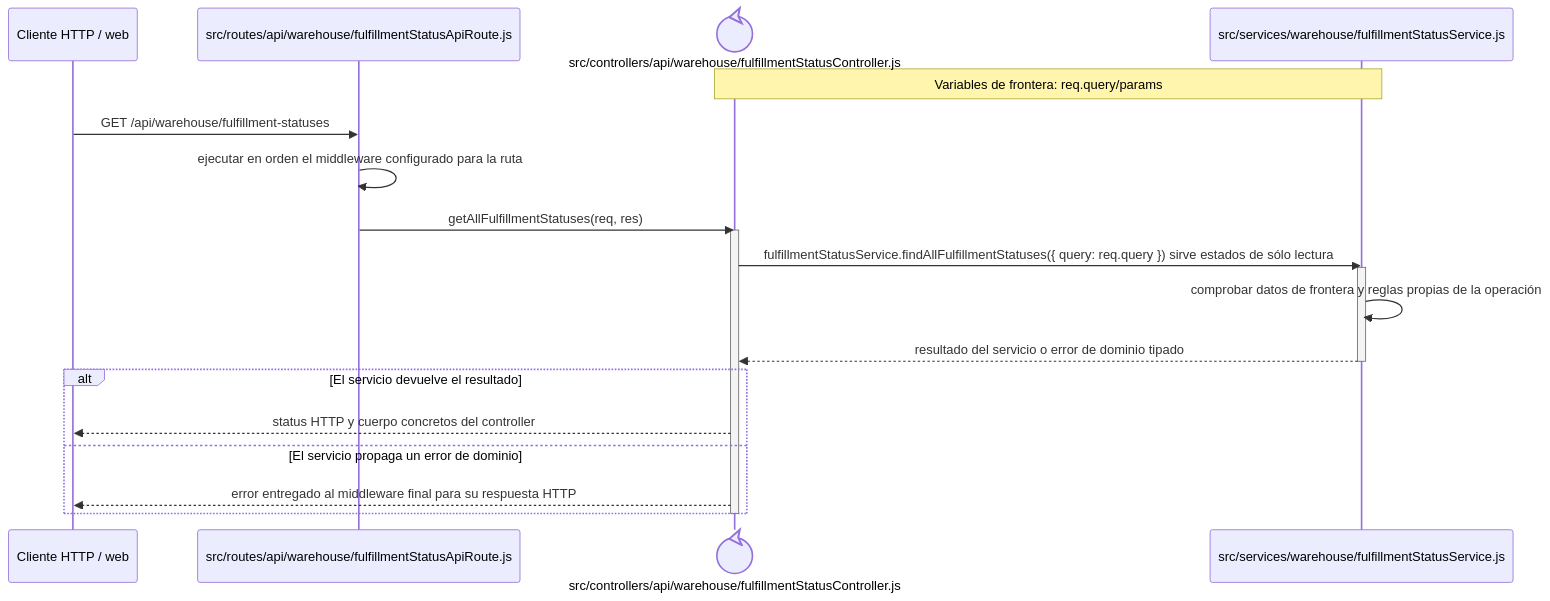
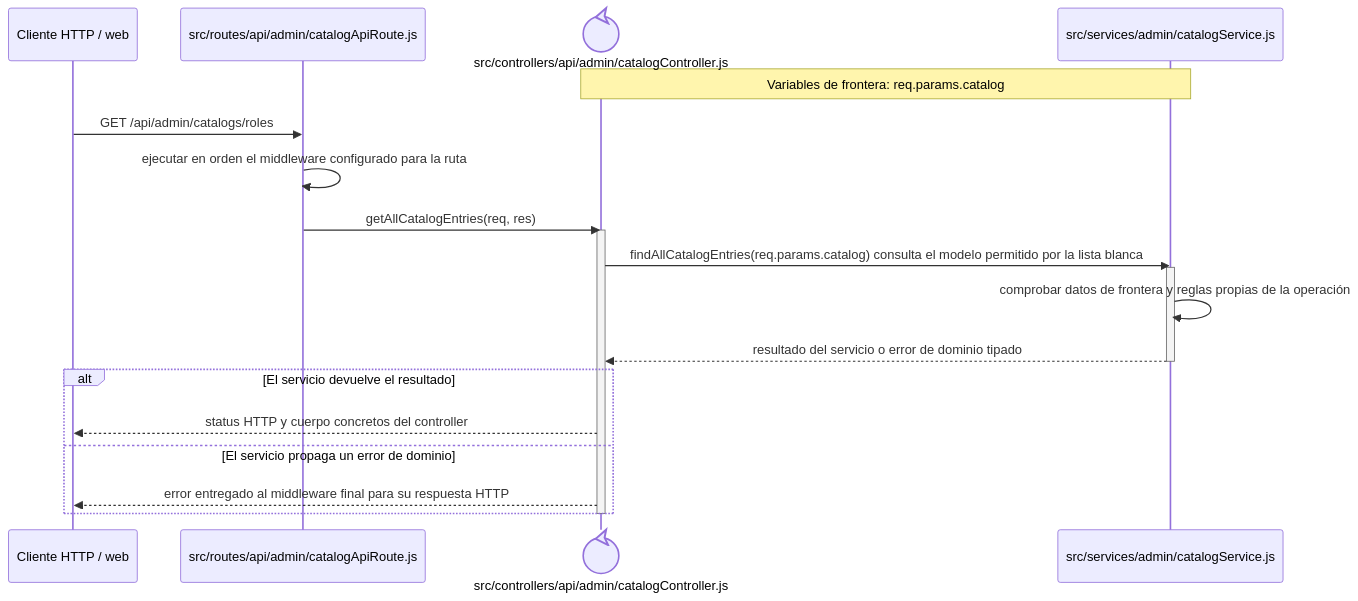
Before and after one commit to gpgsistemas01/nexus: the diagram in docs/architecture/backend-code-sequences/catalogs/cu-cat-30.md, drawn with Mermaid. The commit also changed other lines of this file and 126 other files, not shown here.

````diff
--- a/docs/architecture/backend-code-sequences/catalogs/cu-cat-30.md
+++ b/docs/architecture/backend-code-sequences/catalogs/cu-cat-30.md
@@ -6,24 +6,24 @@
 ```mermaid
 sequenceDiagram
     participant Client as Cliente HTTP / web
-    participant Route as src/routes/api/warehouse/fulfillmentStatusApiRoute.js
-    participant Controller@{ "type": "control" } as src/controllers/api/warehouse/fulfillmentStatusController.js
-    participant Domain as src/services/warehouse/fulfillmentStatusService.js
-    Note over Controller,Domain: Variables de frontera: req.query/params
+    participant Route as src/routes/api/admin/catalogApiRoute.js
+    participant Controller@{ "type": "control" } as src/controllers/api/admin/catalogController.js
+    participant Domain as src/services/admin/catalogService.js
+    Note over Controller,Domain: Variables de frontera: req.params.catalog
 
-    Client->>Route: GET /api/warehouse/fulfillment-statuses
+    Client->>Route: GET /api/admin/catalogs/roles
     Route->>Route: ejecutar en orden el middleware configurado para la ruta
-    Route->>Controller: getAllFulfillmentStatuses(req, res)
+    Route->>Controller: getAllCatalogEntries(req, res)
     activate Controller
-    Controller->>Domain: fulfillmentStatusService.findAllFulfillmentStatuses({ query: req.query }) sirve estados de sólo lectura
+    Controller->>Domain: findAllCatalogEntries(req.params.catalog) consulta el modelo permitido por la lista blanca
     activate Domain
     Domain->>Domain: comprobar datos de frontera y reglas propias de la operación
     Domain-->>Controller: resultado del servicio o error de dominio tipado
     deactivate Domain
     alt El servicio devuelve el resultado
         Controller-->>Client: status HTTP y cuerpo concretos del controller
     else El servicio propaga un error de dominio
         Controller-->>Client: error entregado al middleware final para su respuesta HTTP
     end
     deactivate Controller
 ```
````
